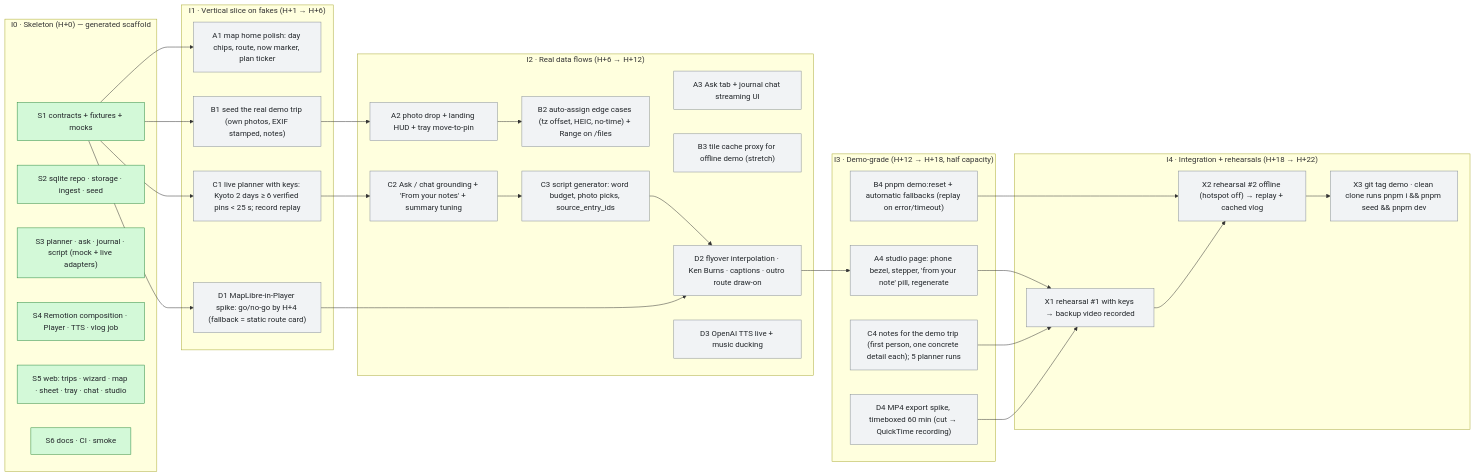
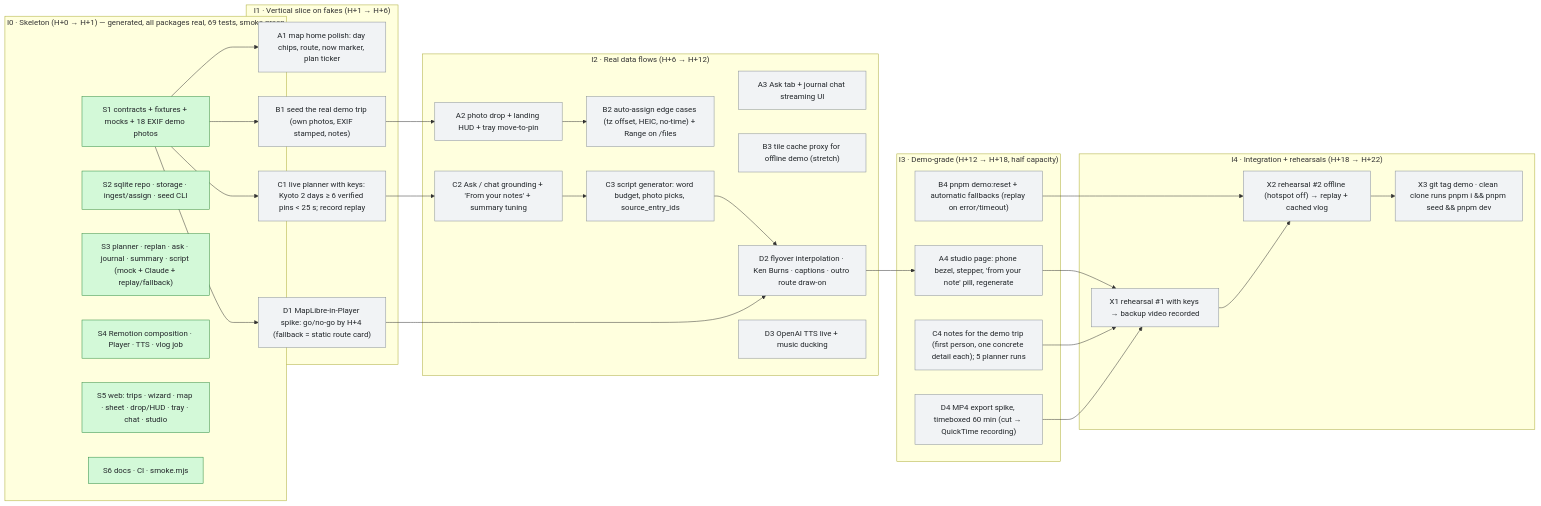
Before and after one commit to nicolelyu021/HackCMU_2026: the first of 2 diagrams in docs/PLAN.md, drawn with Mermaid. The commit also changed other lines of this file and 4 other files, not shown here.

Commit message:
docs: PLAN board reflects the built skeleton (+ honest not-yet list), CONTRACTS importRows/query knobs, DECISIONS H+1 log, DEMO/README seed --start and install notes

````diff
--- a/docs/PLAN.md
+++ b/docs/PLAN.md
@@ -10,56 +10,56 @@
 ```mermaid
 flowchart LR
   classDef todo    fill:#f1f3f5,stroke:#868e96,color:#212529
   classDef wip     fill:#fff3bf,stroke:#e67700,color:#212529
   classDef done    fill:#d3f9d8,stroke:#2b8a3e,color:#212529
   classDef blocked fill:#ffe3e3,stroke:#c92a2a,color:#212529
   classDef cut     fill:#f8f9fa,stroke:#adb5bd,color:#868e96,stroke-dasharray:4 2
 
-  subgraph I0["I0 · Skeleton (H+0) — generated scaffold"]
-    S1["S1 contracts + fixtures + mocks"]:::done
-    S2["S2 sqlite repo · storage · ingest · seed"]:::done
-    S3["S3 planner · ask · journal · script (mock + live adapters)"]:::done
+  subgraph I0["I0 · Skeleton (H+0 → H+1) — generated, all packages real, 69 tests, smoke green"]
+    S1["S1 contracts + fixtures + mocks + 18 EXIF demo photos"]:::done
+    S2["S2 sqlite repo · storage · ingest/assign · seed CLI"]:::done
+    S3["S3 planner · replan · ask · journal · summary · script (mock + Claude + replay/fallback)"]:::done
     S4["S4 Remotion composition · Player · TTS · vlog job"]:::done
-    S5["S5 web: trips · wizard · map · sheet · tray · chat · studio"]:::done
-    S6["S6 docs · CI · smoke"]:::done
+    S5["S5 web: trips · wizard · map · sheet · drop/HUD · tray · chat · studio"]:::done
+    S6["S6 docs · CI · smoke.mjs"]:::done
   end
 
   subgraph I1["I1 · Vertical slice on fakes (H+1 → H+6)"]
     A1["A1 map home polish: day chips, route, now marker, plan ticker"]:::todo
     B1["B1 seed the real demo trip (own photos, EXIF stamped, notes)"]:::todo
     C1["C1 live planner with keys: Kyoto 2 days ≥ 6 verified pins < 25 s; record replay"]:::todo
     D1["D1 MapLibre-in-Player spike: go/no-go by H+4 (fallback = static route card)"]:::todo
   end
 
   subgraph I2["I2 · Real data flows (H+6 → H+12)"]
     A2["A2 photo drop + landing HUD + tray move-to-pin"]:::todo
     A3["A3 Ask tab + journal chat streaming UI"]:::todo
     B2["B2 auto-assign edge cases (tz offset, HEIC, no-time) + Range on /files"]:::todo
     B3["B3 tile cache proxy for offline demo (stretch)"]:::todo
     C2["C2 Ask / chat grounding + 'From your notes' + summary tuning"]:::todo
     C3["C3 script generator: word budget, photo picks, source_entry_ids"]:::todo
     D2["D2 flyover interpolation · Ken Burns · captions · outro route draw-on"]:::todo
     D3["D3 OpenAI TTS live + music ducking"]:::todo
   end
 
   subgraph I3["I3 · Demo-grade (H+12 → H+18, half capacity)"]
     A4["A4 studio page: phone bezel, stepper, 'from your note' pill, regenerate"]:::todo
     B4["B4 pnpm demo:reset + automatic fallbacks (replay on error/timeout)"]:::todo
     C4["C4 notes for the demo trip (first person, one concrete detail each); 5 planner runs"]:::todo
     D4["D4 MP4 export spike, timeboxed 60 min (cut → QuickTime recording)"]:::todo
   end
 
   subgraph I4["I4 · Integration + rehearsals (H+18 → H+22)"]
     X1["X1 rehearsal #1 with keys → backup video recorded"]:::todo
     X2["X2 rehearsal #2 offline (hotspot off) → replay + cached vlog"]:::todo
     X3["X3 git tag demo · clean clone runs pnpm i && pnpm seed && pnpm dev"]:::todo
   end
 
   S1 --> A1 & B1 & C1 & D1
   B1 --> A2
   C1 --> C2 --> C3 --> D2
   D1 --> D2 --> A4
   A2 --> B2
   B4 --> X2
   A4 & C4 & D4 --> X1 --> X2 --> X3
 ```
````
